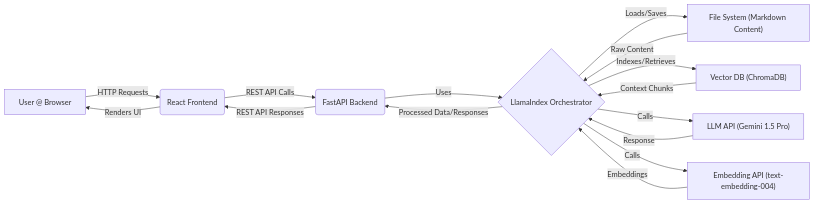
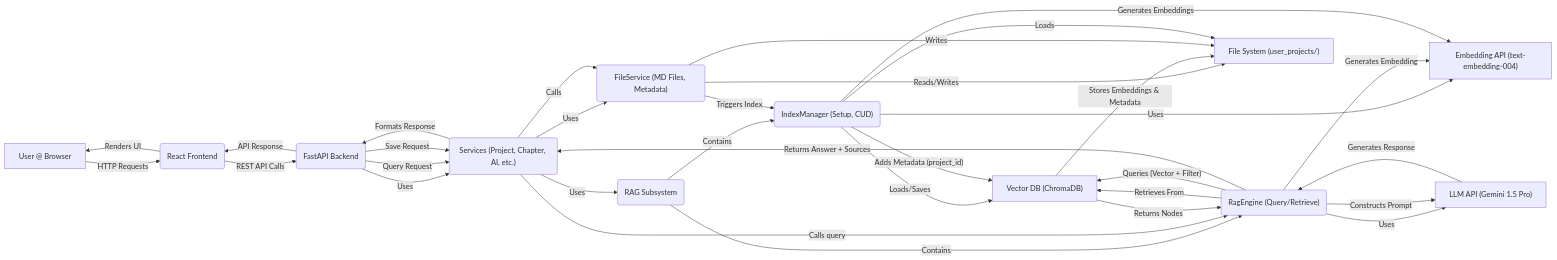
One commit to Antimortine/codex-ai changed the diagram in docs/architecture.md. Above: the diagram before and after it, drawn with Mermaid. The commit also changed other lines of this file and 2 other files, not shown here.

````diff
--- a/docs/architecture.md
+++ b/docs/architecture.md
@@ -26,18 +3,38 @@
 ```mermaid
 graph LR
     A["User @ Browser"] -- HTTP Requests --> B("React Frontend");
     B -- REST API Calls --> C("FastAPI Backend");
-    C -- Uses --> D{"LlamaIndex Orchestrator"};
-    D -- Loads/Saves --> E["File System (Markdown Content)"];
-    D -- Indexes/Retrieves --> F["Vector DB (ChromaDB)"];
-    D -- Calls --> G["LLM API (Gemini 1.5 Pro)"];
-    D -- Calls --> H["Embedding API (text-embedding-004)"];
-    G -- Response --> D;
-    H -- Embeddings --> D;
-    F -- Context Chunks --> D;
-    E -- Raw Content --> D;
-    D -- Processed Data/Responses --> C;
-    C -- REST API Responses --> B;
+    C -- Uses --> S("Services (Project, Chapter, AI, etc.)");
+    S -- Uses --> FS("FileService (MD Files, Metadata)");
+    S -- Uses --> RAG("RAG Subsystem");
+    RAG -- Contains --> IM("IndexManager (Setup, CUD)");
+    RAG -- Contains --> RE("RagEngine (Query/Retrieve)");
+    IM -- Loads/Saves --> VDB["Vector DB (ChromaDB)"];
+    RE -- Retrieves From --> VDB;
+    RE -- Uses --> LLM["LLM API (Gemini 1.5 Pro)"];
+    IM -- Uses --> EMB["Embedding API (text-embedding-004)"];
+    FS -- Reads/Writes --> STORE["File System (user_projects/)"];
+    VDB -- Stores Embeddings & Metadata --> STORE;
+
+    %% Data Flow for Query
+    C -- Query Request --> S;
+    S -- Calls query --> RE;
+    RE -- Generates Embedding --> EMB;
+    RE -- Queries (Vector + Filter) --> VDB;
+    VDB -- Returns Nodes --> RE;
+    RE -- Constructs Prompt --> LLM;
+    LLM -- Generates Response --> RE;
+    RE -- Returns Answer + Sources --> S;
+    S -- Formats Response --> C;
+    C -- API Response --> B;
     B -- Renders UI --> A;
 
+    %% Data Flow for Indexing
+    C -- Save Request --> S;
+    S -- Calls --> FS;
+    FS -- Writes --> STORE;
+    FS -- Triggers Index --> IM;
+    IM -- Loads --> STORE;
+    IM -- Generates Embeddings --> EMB;
+    IM -- Adds Metadata (project_id) --> VDB;
 ```
````
